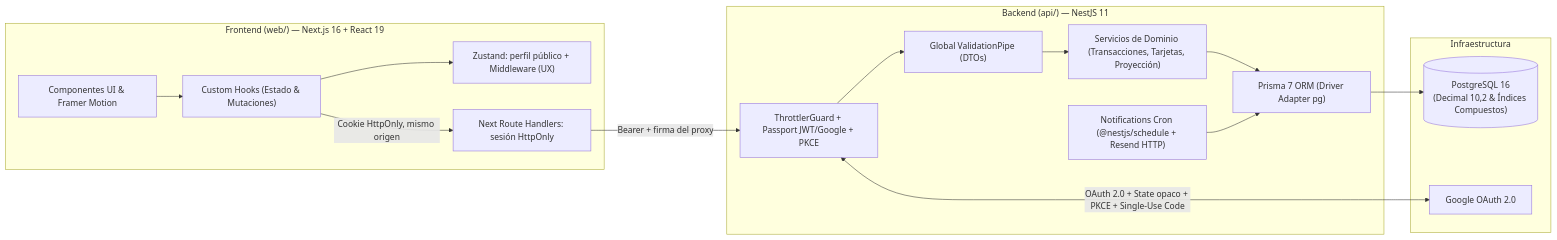
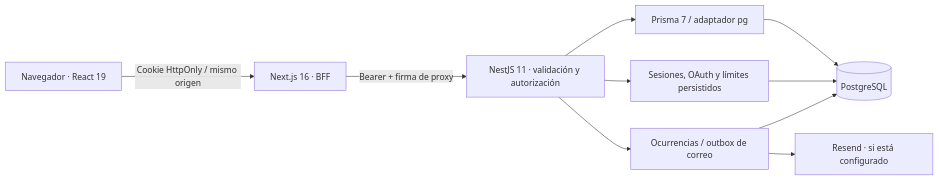
The diagram in README.md (tomireyes28/lumi), drawn with Mermaid before and after one commit. The commit also changed other lines of this file and 18 other files, not shown here.

````diff
--- a/README.md
+++ b/README.md
@@ -11,30 +21,9 @@
 ```mermaid
 flowchart LR
-  subgraph Client["Frontend (web/) — Next.js 16 + React 19"]
-    UI["Componentes UI & Framer Motion"]
-    Hooks["Custom Hooks (Estado & Mutaciones)"]
-    Store["Zustand: perfil público + Middleware (UX)"]
-    BFF["Next Route Handlers: sesión HttpOnly"]
-  end
-
-  subgraph Server["Backend (api/) — NestJS 11"]
-    Guards["ThrottlerGuard + Passport JWT/Google + PKCE"]
-    Pipes["Global ValidationPipe (DTOs)"]
-    Services["Servicios de Dominio (Transacciones, Tarjetas, Proyección)"]
-    Cron["Notifications Cron (@nestjs/schedule + Resend HTTP)"]
-    ORM["Prisma 7 ORM (Driver Adapter pg)"]
-  end
-
-  subgraph Infra["Infraestructura"]
-    DB[("PostgreSQL 16\n(Decimal 10,2 & Índices Compuestos)")]
-    OAuth["Google OAuth 2.0"]
-  end
-
-  UI --> Hooks
-  Hooks --> Store
-  Hooks -->|"Cookie HttpOnly, mismo origen"| BFF
-  BFF -->|"Bearer + firma del proxy"| Guards
-  Guards --> Pipes --> Services --> ORM --> DB
-  Cron --> ORM
-  Guards <-->|"OAuth 2.0 + State opaco + PKCE + Single-Use Code"| OAuth
+  Browser["Navegador · React 19"] -->|"Cookie HttpOnly / mismo origen"| BFF["Next.js 16 · BFF"]
+  BFF -->|"Bearer + firma de proxy"| API["NestJS 11 · validación y autorización"]
+  API --> Prisma["Prisma 7 / adaptador pg"] --> DB[("PostgreSQL")]
+  API --> Security["Sesiones, OAuth y límites persistidos"] --> DB
+  API --> Outbox["Ocurrencias / outbox de correo"] --> DB
+  Outbox --> Resend["Resend · si está configurado"]
 ```
````
